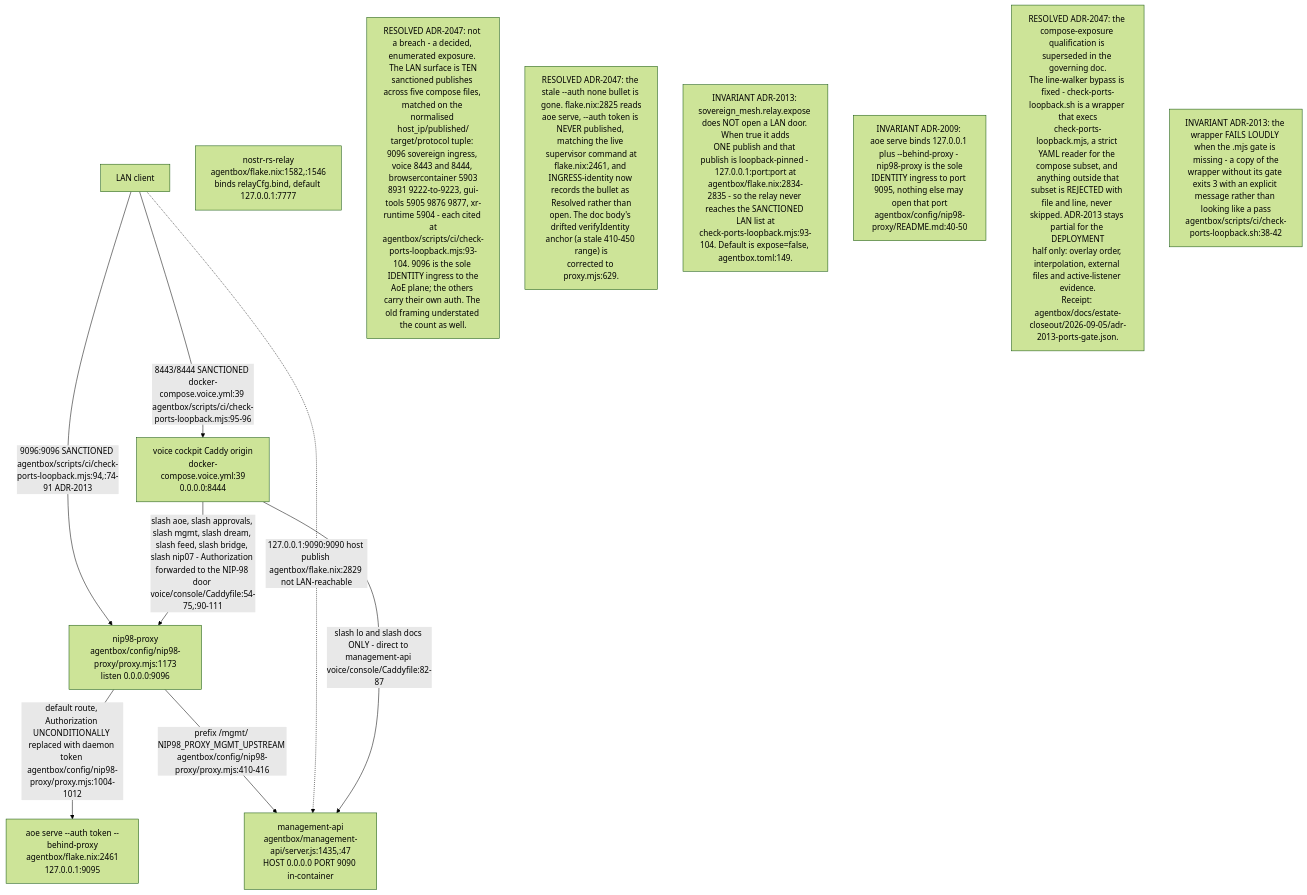
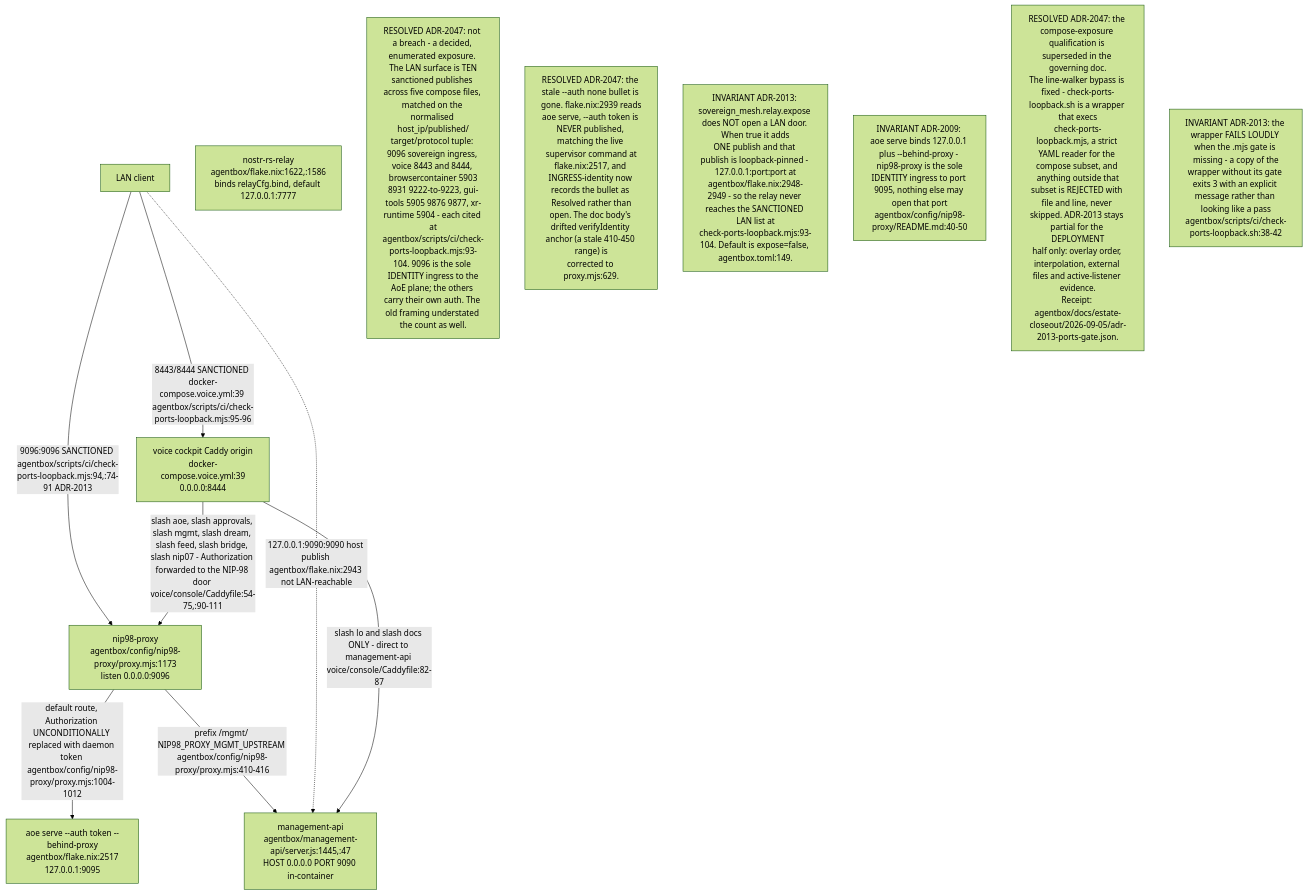
One commit to DreamLab-AI/VisionFlow changed the first of 13 diagrams in docs/diagrams/agentbox/10-ingress-nip98-proxy-and-aoe.md. Above: the diagram before and after it, drawn with Mermaid (forest theme). The commit also changed other lines of this file and 94 other files, not shown here.

First line of the commit message:
docs(diagrams): re-verify 130 topics against 2 October HEADs

````diff
--- a/docs/diagrams/agentbox/10-ingress-nip98-proxy-and-aoe.md
+++ b/docs/diagrams/agentbox/10-ingress-nip98-proxy-and-aoe.md
@@ -38,24 +38,24 @@
 ```mermaid
 flowchart TB
     LAN["LAN client"]
     P9096["nip98-proxy<br/>agentbox/config/nip98-proxy/proxy.mjs:1173<br/>listen 0.0.0.0:9096"]
-    AOE9095["aoe serve --auth token --behind-proxy<br/>agentbox/flake.nix:2461<br/>127.0.0.1:9095"]
-    MGMT9090["management-api<br/>agentbox/management-api/server.js:1435,:47<br/>HOST 0.0.0.0 PORT 9090 in-container"]
-    RELAY7777["nostr-rs-relay<br/>agentbox/flake.nix:1582,:1546<br/>binds relayCfg.bind, default 127.0.0.1:7777"]
+    AOE9095["aoe serve --auth token --behind-proxy<br/>agentbox/flake.nix:2517<br/>127.0.0.1:9095"]
+    MGMT9090["management-api<br/>agentbox/management-api/server.js:1445,:47<br/>HOST 0.0.0.0 PORT 9090 in-container"]
+    RELAY7777["nostr-rs-relay<br/>agentbox/flake.nix:1622,:1586<br/>binds relayCfg.bind, default 127.0.0.1:7777"]
     VOICE8444["voice cockpit Caddy origin<br/>docker-compose.voice.yml:39<br/>0.0.0.0:8444"]
 
     LAN -->|"9096:9096 SANCTIONED agentbox/scripts/ci/check-ports-loopback.mjs:94,:74-91 ADR-2013"| P9096
     P9096 -->|"default route, Authorization UNCONDITIONALLY replaced with daemon token agentbox/config/nip98-proxy/proxy.mjs:1004-1012"| AOE9095
     P9096 -->|"prefix /mgmt/ NIP98_PROXY_MGMT_UPSTREAM agentbox/config/nip98-proxy/proxy.mjs:410-416"| MGMT9090
-    LAN -.->|"127.0.0.1:9090:9090 host publish agentbox/flake.nix:2829 not LAN-reachable"| MGMT9090
+    LAN -.->|"127.0.0.1:9090:9090 host publish agentbox/flake.nix:2943 not LAN-reachable"| MGMT9090
     LAN -->|"8443/8444 SANCTIONED docker-compose.voice.yml:39 agentbox/scripts/ci/check-ports-loopback.mjs:95-96"| VOICE8444
     VOICE8444 -->|"slash lo and slash docs ONLY - direct to management-api voice/console/Caddyfile:82-87"| MGMT9090
     VOICE8444 -->|"slash aoe, slash approvals, slash mgmt, slash dream, slash feed, slash bridge, slash nip07 - Authorization forwarded to the NIP-98 door voice/console/Caddyfile:54-75,:90-111"| P9096
 
 N1["RESOLVED ADR-2047: not a breach - a decided, enumerated exposure. The LAN surface is TEN<br/>sanctioned publishes across five compose files, matched on the normalised host_ip/published/<br/>target/protocol tuple: 9096 sovereign ingress, voice 8443 and 8444, browsercontainer 5903<br/>8931 9222-to-9223, gui-tools 5905 9876 9877, xr-runtime 5904 - each cited at<br/>agentbox/scripts/ci/check-ports-loopback.mjs:93-104. 9096 is the sole IDENTITY ingress to the<br/>AoE plane; the others carry their own auth. The old framing understated the count as well."]
-N2["RESOLVED ADR-2047: the stale --auth none bullet is gone. flake.nix:2825 reads<br/>aoe serve, --auth token is NEVER published, matching the live supervisor command at<br/>flake.nix:2461, and INGRESS-identity now records the bullet as Resolved rather than<br/>open. The doc body's drifted verifyIdentity anchor (a stale 410-450 range) is<br/>corrected to proxy.mjs:629."]
-N6["INVARIANT ADR-2013: sovereign_mesh.relay.expose does NOT open a LAN door. When true it adds<br/>ONE publish and that publish is loopback-pinned - 127.0.0.1:port:port at<br/>agentbox/flake.nix:2834-2835 - so the relay never reaches the SANCTIONED LAN list at<br/>check-ports-loopback.mjs:93-104. Default is expose=false, agentbox.toml:149."]
+N2["RESOLVED ADR-2047: the stale --auth none bullet is gone. flake.nix:2939 reads<br/>aoe serve, --auth token is NEVER published, matching the live supervisor command at<br/>flake.nix:2517, and INGRESS-identity now records the bullet as Resolved rather than<br/>open. The doc body's drifted verifyIdentity anchor (a stale 410-450 range) is<br/>corrected to proxy.mjs:629."]
+N6["INVARIANT ADR-2013: sovereign_mesh.relay.expose does NOT open a LAN door. When true it adds<br/>ONE publish and that publish is loopback-pinned - 127.0.0.1:port:port at<br/>agentbox/flake.nix:2948-2949 - so the relay never reaches the SANCTIONED LAN list at<br/>check-ports-loopback.mjs:93-104. Default is expose=false, agentbox.toml:149."]
 N3["INVARIANT ADR-2009: aoe serve binds 127.0.0.1 plus --behind-proxy - nip98-proxy is the sole<br/>IDENTITY ingress to port 9095, nothing else may open that port<br/>agentbox/config/nip98-proxy/README.md:40-50"]
 N4["RESOLVED ADR-2047: the compose-exposure qualification is superseded in the governing doc.<br/>The line-walker bypass is fixed - check-ports-loopback.sh is a wrapper that execs<br/>check-ports-loopback.mjs, a strict YAML reader for the compose subset, and anything outside that<br/>subset is REJECTED with file and line, never skipped. ADR-2013 stays partial for the DEPLOYMENT<br/>half only: overlay order, interpolation, external files and active-listener evidence.<br/>Receipt: agentbox/docs/estate-closeout/2026-09-05/adr-2013-ports-gate.json."]
 N5["INVARIANT ADR-2013: the wrapper FAILS LOUDLY when the .mjs gate is missing - a copy of the<br/>wrapper without its gate exits 3 with an explicit message rather than looking like a pass<br/>agentbox/scripts/ci/check-ports-loopback.sh:38-42"]
 ```
````
